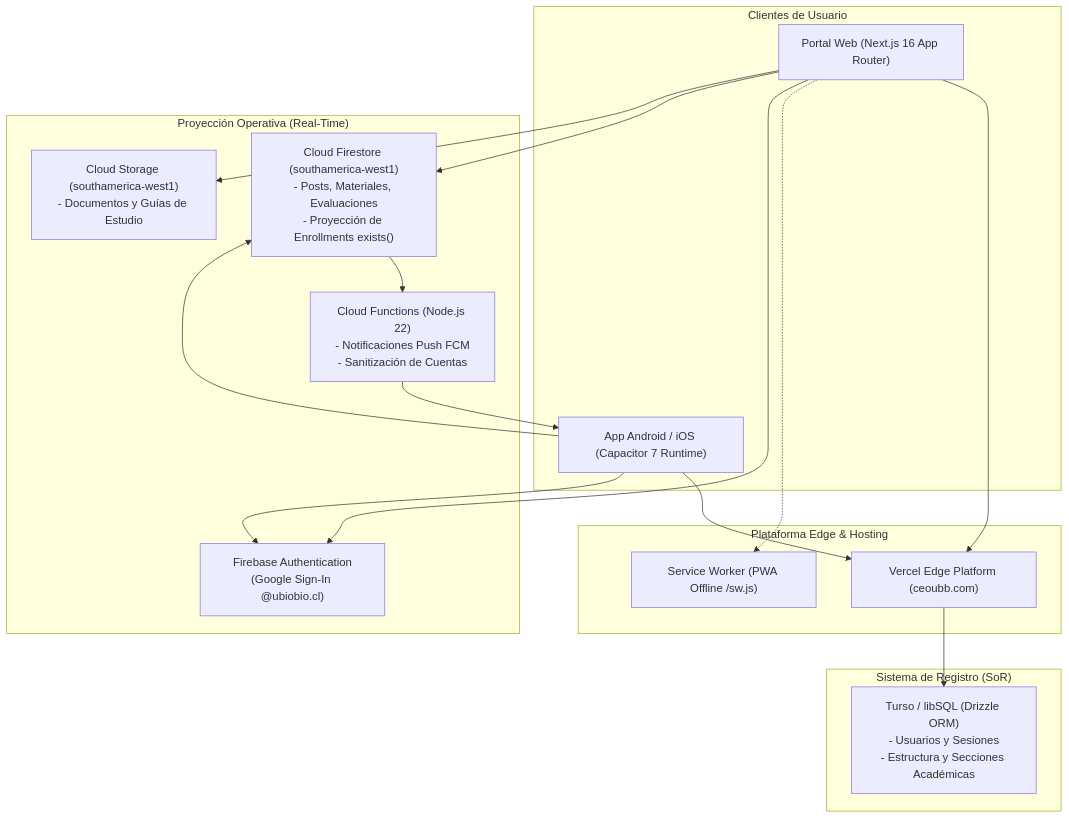
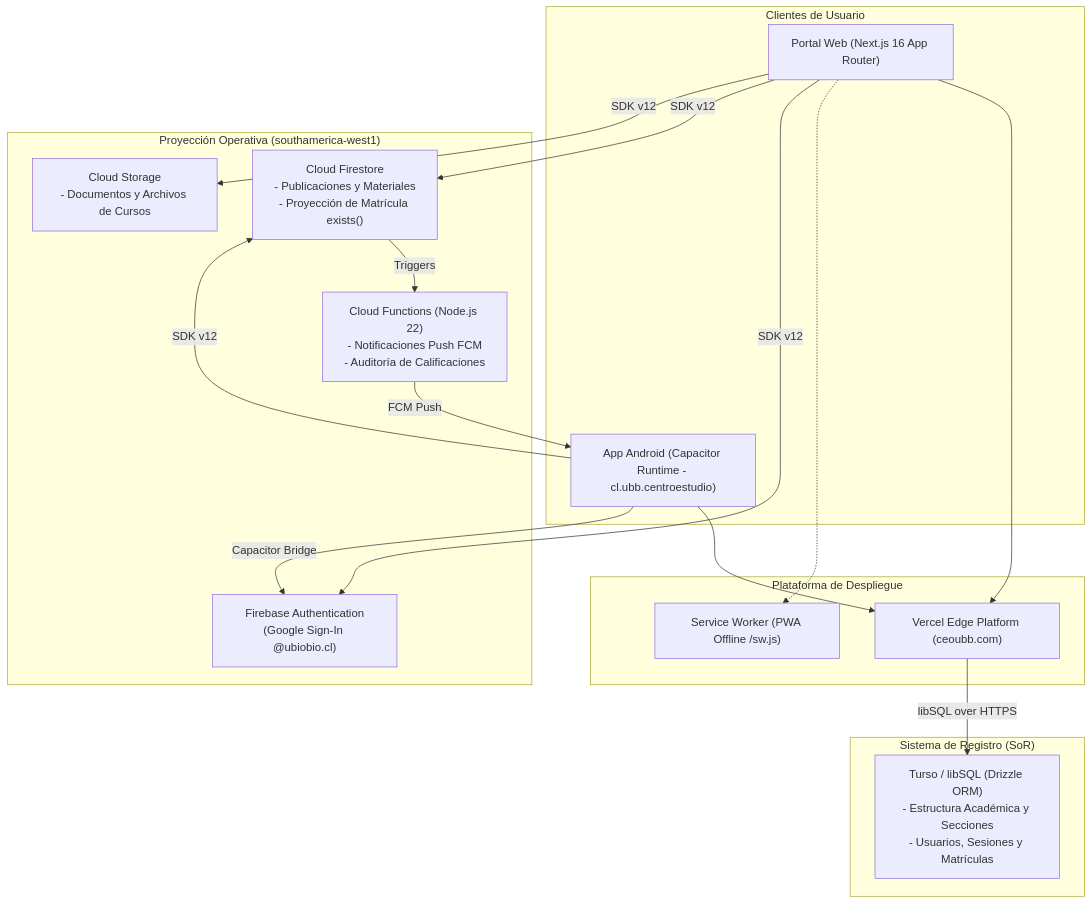
Before and after one commit to CEOUBB/CEOUBB: the diagram in README.md, drawn with Mermaid. The commit also changed other lines of this file, not shown here.

````diff
--- a/README.md
+++ b/README.md
@@ -38,35 +42,35 @@
 ```mermaid
 flowchart TD
     subgraph Clientes ["Clientes de Usuario"]
         Web["Portal Web (Next.js 16 App Router)"]
-        Mobile["App Android / iOS (Capacitor 7 Runtime)"]
+        Mobile["App Android (Capacitor Runtime - cl.ubb.centroestudio)"]
     end
 
-    subgraph EdgePlatform ["Plataforma Edge & Hosting"]
+    subgraph Edge ["Plataforma de Despliegue"]
         Vercel["Vercel Edge Platform (ceoubb.com)"]
         SW["Service Worker (PWA Offline /sw.js)"]
     end
 
-    subgraph RelationalDB ["Sistema de Registro (SoR)"]
-        Turso["Turso / libSQL (Drizzle ORM)\n- Usuarios y Sesiones\n- Estructura y Secciones Académicas"]
+    subgraph SoR ["Sistema de Registro (SoR)"]
+        Turso["Turso / libSQL (Drizzle ORM)\n- Estructura Académica y Secciones\n- Usuarios, Sesiones y Matrículas"]
     end
 
-    subgraph OperationalCloud ["Proyección Operativa (Real-Time)"]
+    subgraph Cloud ["Proyección Operativa (southamerica-west1)"]
         Auth["Firebase Authentication\n(Google Sign-In @ubiobio.cl)"]
-        Firestore["Cloud Firestore (southamerica-west1)\n- Posts, Materiales, Evaluaciones\n- Proyección de Enrollments exists()"]
-        Storage["Cloud Storage (southamerica-west1)\n- Documentos y Guías de Estudio"]
-        Functions["Cloud Functions (Node.js 22)\n- Notificaciones Push FCM\n- Sanitización de Cuentas"]
+        Firestore["Cloud Firestore\n- Publicaciones y Materiales\n- Proyección de Matrícula exists()"]
+        Storage["Cloud Storage\n- Documentos y Archivos de Cursos"]
+        Functions["Cloud Functions (Node.js 22)\n- Notificaciones Push FCM\n- Auditoría de Calificaciones"]
     end
 
     Web --> Vercel
     Mobile --> Vercel
     Web -.-> SW
-    Vercel --> Turso
-    Web --> Auth
-    Web --> Firestore
-    Web --> Storage
-    Mobile --> Auth
-    Mobile --> Firestore
-    Firestore --> Functions
-    Functions --> Mobile
+    Vercel -->|libSQL over HTTPS| Turso
+    Web -->|SDK v12| Auth
+    Web -->|SDK v12| Firestore
+    Web -->|SDK v12| Storage
+    Mobile -->|Capacitor Bridge| Auth
+    Mobile -->|SDK v12| Firestore
+    Firestore -->|Triggers| Functions
+    Functions -->|FCM Push| Mobile
 ```
````
